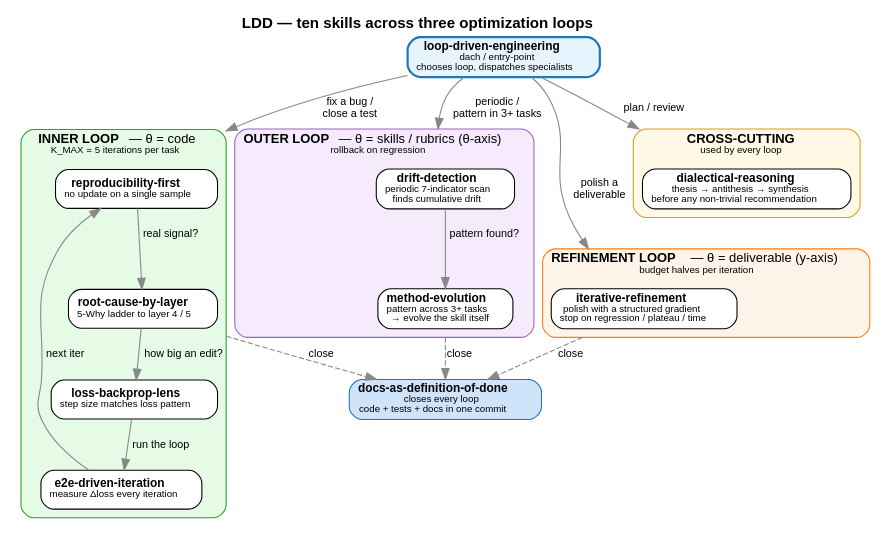
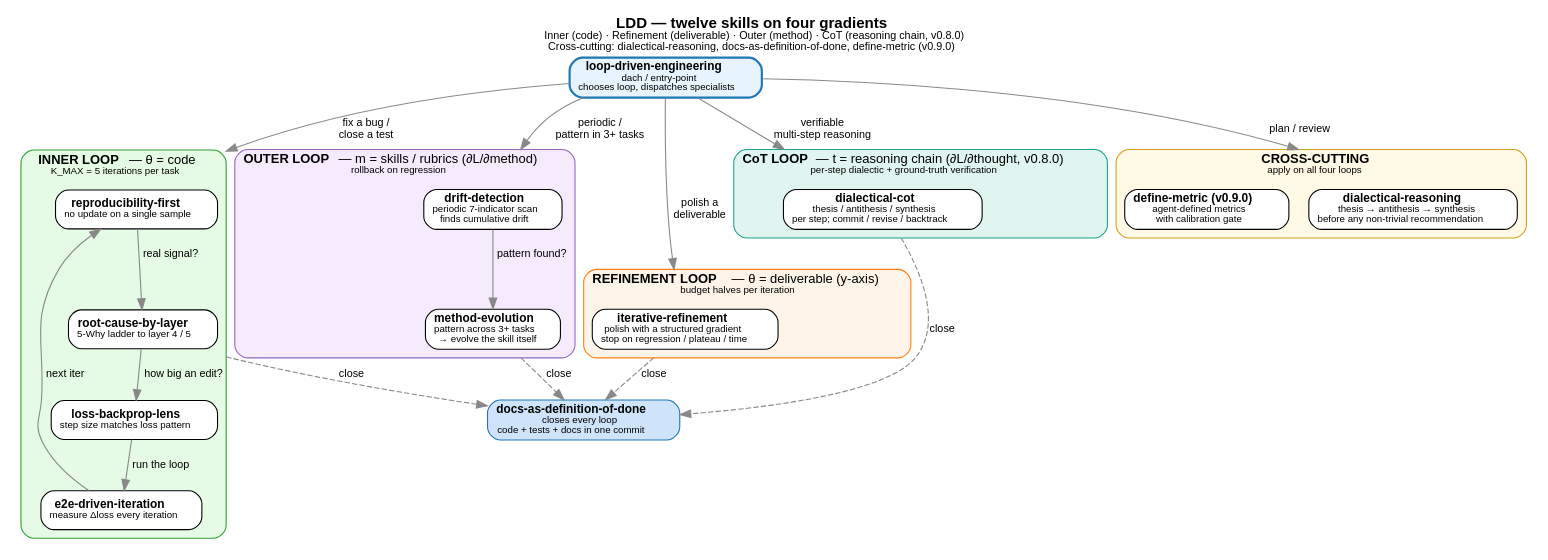
One commit to veegee82/loss-driven-development changed the diagram in diagrams/skills-overview.dot. Above: the diagram before and after it, drawn with Graphviz. The commit also changed 40 other files, not shown here.

```diff
--- a/diagrams/skills-overview.dot
+++ b/diagrams/skills-overview.dot
@@ -1,87 +1,104 @@
 digraph skills_overview {
   rankdir=TB;
   compound=true;
   node [fontname="Helvetica", shape=box, style="rounded,filled", fontsize=11];
   edge [fontname="Helvetica", fontsize=10, color="#888888"];
   labelloc="t";
-  label=<<b>LDD — ten skills across three optimization loops</b>>;
+  label=<<b>LDD — twelve skills on four gradients</b><br/><font point-size="10">Inner (code) · Refinement (deliverable) · Outer (method) · CoT (reasoning chain, v0.8.0)<br/>Cross-cutting: dialectical-reasoning, docs-as-definition-of-done, define-metric (v0.9.0)</font>>;
   fontname="Helvetica";
   fontsize=14;
 
   // Entry point
   lde [
     label=<<b>loop-driven-engineering</b><br/><font point-size="9">dach / entry-point<br/>chooses loop, dispatches specialists</font>>,
     fillcolor="#e8f4fd", color="#1f77b4", shape=box, style="rounded,filled,bold"
   ];
 
   // Close of loop
   ddod [
     label=<<b>docs-as-definition-of-done</b><br/><font point-size="9">closes every loop<br/>code + tests + docs in one commit</font>>,
     fillcolor="#cfe3fa", color="#1f77b4"
   ];
 
   // Inner loop cluster
   subgraph cluster_inner {
     label=<<b>INNER LOOP</b> — θ = code<br/><font point-size="9">K_MAX = 5 iterations per task</font>>;
     style="rounded,filled"; fillcolor="#e6fbe6"; color="#2ca02c"; fontsize=12;
 
     rf [label=<<b>reproducibility-first</b><br/><font point-size="9">no update on a single sample</font>>, fillcolor="#ffffff"];
     rcbl [label=<<b>root-cause-by-layer</b><br/><font point-size="9">5-Why ladder to layer 4 / 5</font>>, fillcolor="#ffffff"];
     lbl [label=<<b>loss-backprop-lens</b><br/><font point-size="9">step size matches loss pattern</font>>, fillcolor="#ffffff"];
     edi [label=<<b>e2e-driven-iteration</b><br/><font point-size="9">measure Δloss every iteration</font>>, fillcolor="#ffffff"];
 
     rf -> rcbl [label="real signal?"];
     rcbl -> lbl [label="how big an edit?"];
     lbl -> edi [label="run the loop"];
     edi -> rf [label="next iter"];
   }
 
   // Refinement loop cluster
   subgraph cluster_refine {
     label=<<b>REFINEMENT LOOP</b> — θ = deliverable (y-axis)<br/><font point-size="9">budget halves per iteration</font>>;
     style="rounded,filled"; fillcolor="#fef4ea"; color="#ff7f0e"; fontsize=12;
 
     ir [
       label=<<b>iterative-refinement</b><br/><font point-size="9">polish with a structured gradient<br/>stop on regression / plateau / time</font>>,
       fillcolor="#ffffff"
     ];
   }
 
   // Outer loop cluster
   subgraph cluster_outer {
-    label=<<b>OUTER LOOP</b> — θ = skills / rubrics (θ-axis)<br/><font point-size="9">rollback on regression</font>>;
+    label=<<b>OUTER LOOP</b> — m = skills / rubrics (∂L/∂method)<br/><font point-size="9">rollback on regression</font>>;
     style="rounded,filled"; fillcolor="#f5ebfd"; color="#9467bd"; fontsize=12;
 
     me [
       label=<<b>method-evolution</b><br/><font point-size="9">pattern across 3+ tasks<br/>→ evolve the skill itself</font>>,
       fillcolor="#ffffff"
     ];
     dd [
       label=<<b>drift-detection</b><br/><font point-size="9">periodic 7-indicator scan<br/>finds cumulative drift</font>>,
       fillcolor="#ffffff"
     ];
     dd -> me [label="pattern found?"];
   }
 
+  // CoT loop cluster (v0.8.0, fourth axis)
+  subgraph cluster_cot {
+    label=<<b>CoT LOOP</b> — t = reasoning chain (∂L/∂thought, v0.8.0)<br/><font point-size="9">per-step dialectic + ground-truth verification</font>>;
+    style="rounded,filled"; fillcolor="#e0f5f0"; color="#17a68c"; fontsize=12;
+
+    dcot [
+      label=<<b>dialectical-cot</b><br/><font point-size="9">thesis / antithesis / synthesis<br/>per step; commit / revise / backtrack</font>>,
+      fillcolor="#ffffff"
+    ];
+  }
+
   // Cross-cutting
   subgraph cluster_cross {
-    label=<<b>CROSS-CUTTING</b><br/><font point-size="9">used by every loop</font>>;
+    label=<<b>CROSS-CUTTING</b><br/><font point-size="9">apply on all four loops</font>>;
     style="rounded,filled"; fillcolor="#fff9e6"; color="#d4a017"; fontsize=12;
 
     dr [
       label=<<b>dialectical-reasoning</b><br/><font point-size="9">thesis → antithesis → synthesis<br/>before any non-trivial recommendation</font>>,
+      fillcolor="#ffffff"
+    ];
+    dm [
+      label=<<b>define-metric (v0.9.0)</b><br/><font point-size="9">agent-defined metrics<br/>with calibration gate</font>>,
       fillcolor="#ffffff"
     ];
   }
 
   // Wiring from entry-point
   lde -> rf [lhead=cluster_inner, label="fix a bug /\nclose a test"];
   lde -> ir [lhead=cluster_refine, label="polish a\ndeliverable"];
   lde -> dd [lhead=cluster_outer, label="periodic /\npattern in 3+ tasks"];
+  lde -> dcot [lhead=cluster_cot, label="verifiable\nmulti-step reasoning"];
   lde -> dr [lhead=cluster_cross, label="plan / review"];
 
   // Close — every loop ends in ddod
   rcbl -> ddod [style=dashed, label="close", ltail=cluster_inner];
   ir -> ddod [style=dashed, label="close", ltail=cluster_refine];
   me -> ddod [style=dashed, label="close", ltail=cluster_outer];
+  dcot -> ddod [style=dashed, label="close", ltail=cluster_cot];
 }
```
